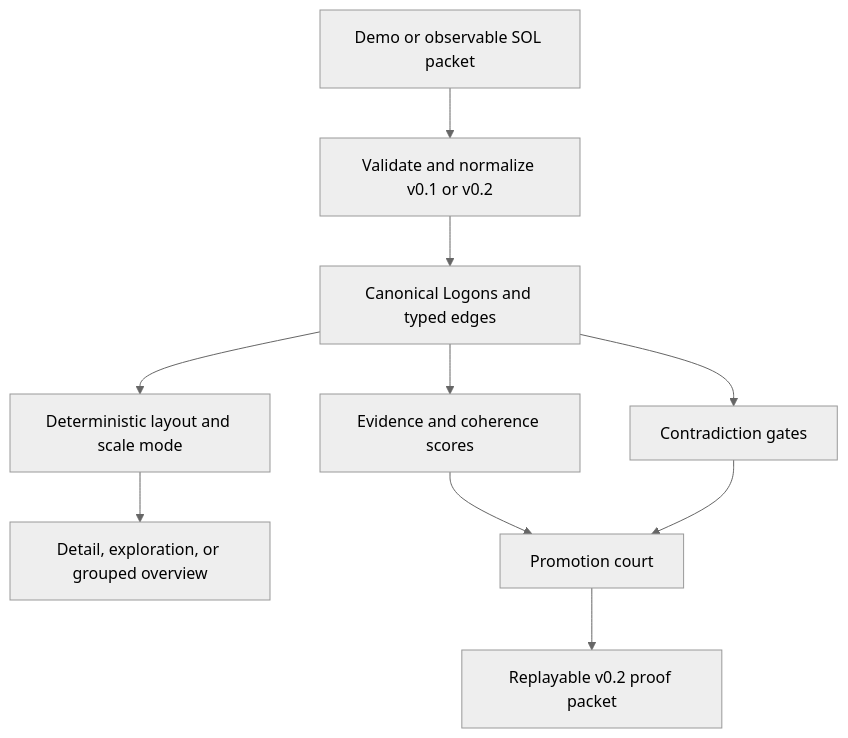
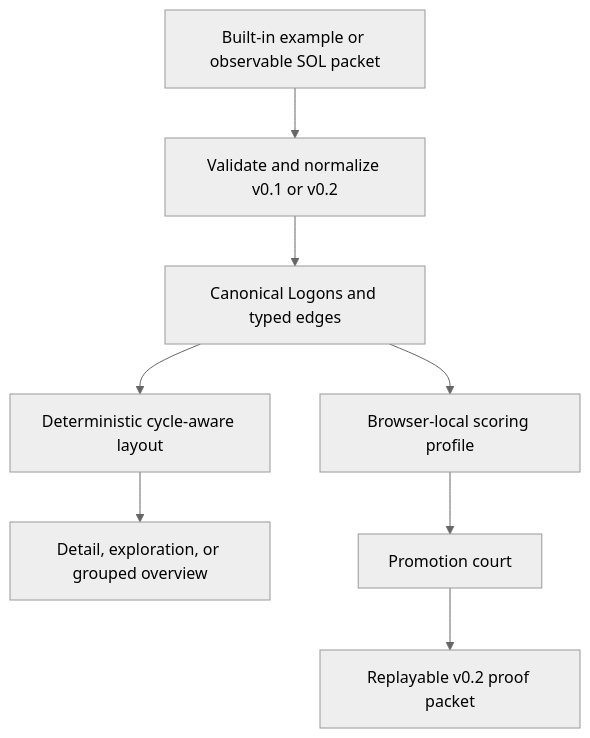
The diagram in README.md (TechmanStudios/sol-lens), drawn with Mermaid (neutral theme) before and after one commit. The commit also changed other lines of this file and 13 other files, not shown here.

````diff
--- a/README.md
+++ b/README.md
@@ -60,12 +89,10 @@
 ```mermaid
 flowchart TD
-  A[Demo or observable SOL packet] --> B[Validate and normalize v0.1 or v0.2]
+  A[Built-in example or observable SOL packet] --> B[Validate and normalize v0.1 or v0.2]
   B --> C[Canonical Logons and typed edges]
-  C --> D[Deterministic layout and scale mode]
-  C --> E[Evidence and coherence scores]
-  C --> F[Contradiction gates]
-  D --> I[Detail, exploration, or grouped overview]
+  C --> D[Deterministic cycle-aware layout]
+  C --> E[Browser-local scoring profile]
+  D --> F[Detail, exploration, or grouped overview]
   E --> G[Promotion court]
-  F --> G
   G --> H[Replayable v0.2 proof packet]
 ```
````
